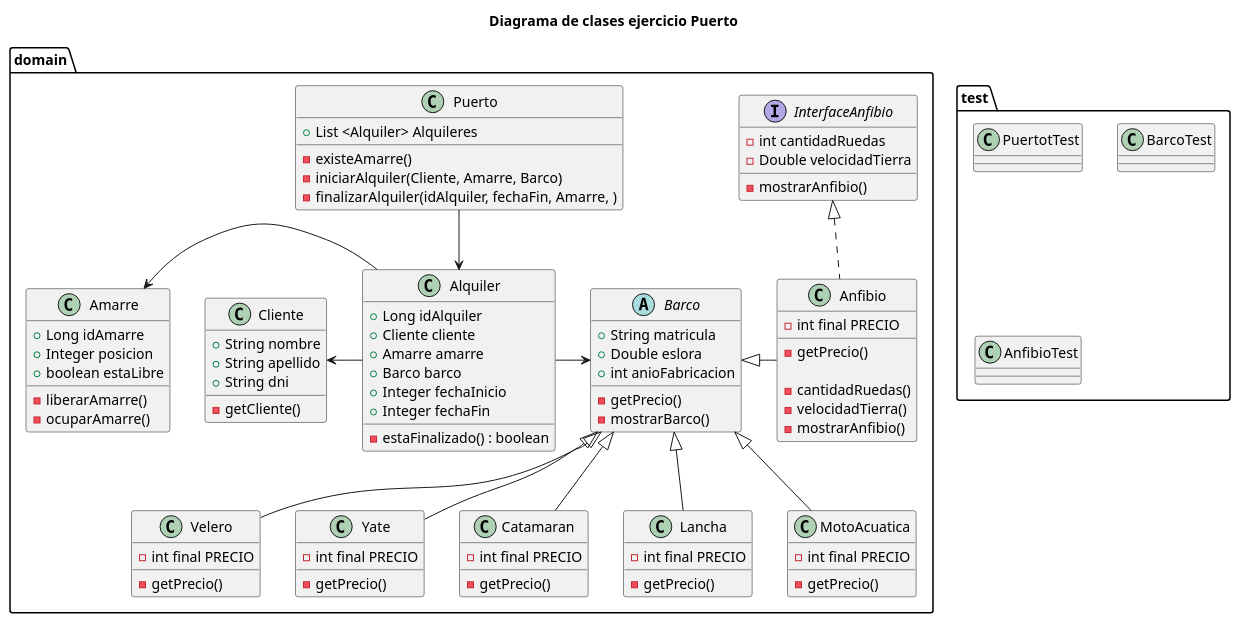
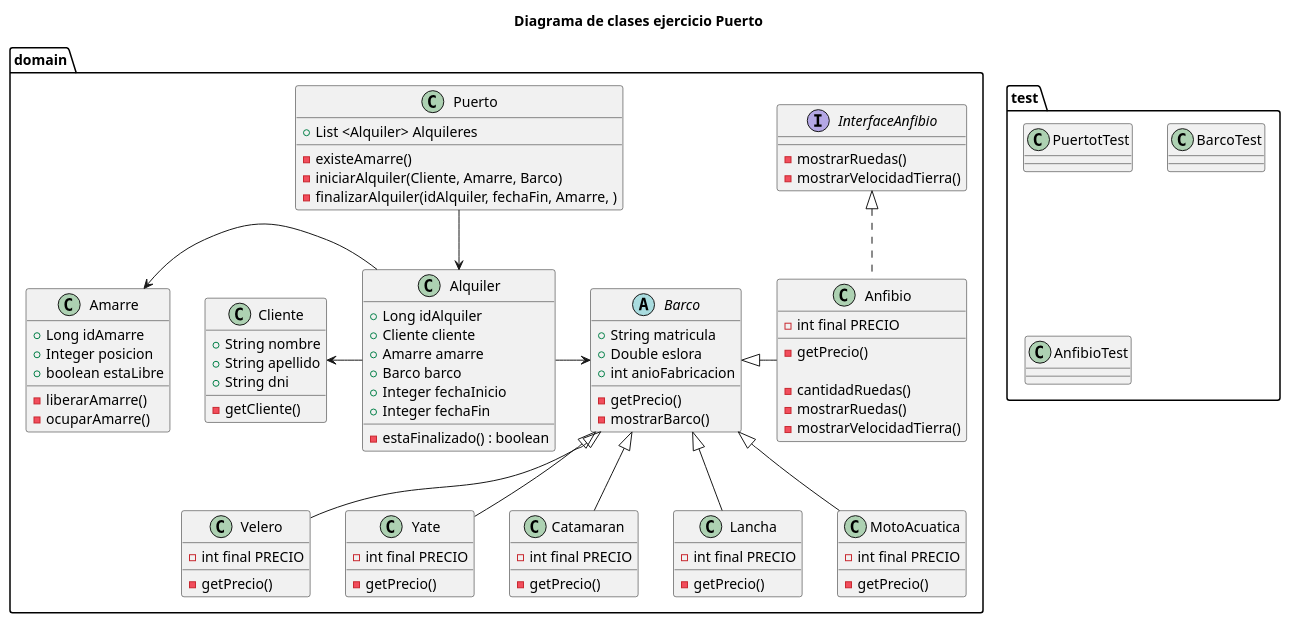
Before and after one commit to gioruanova/dvpoo20232cpuertoruanovajorge: the diagram in src/doc/diagrama-clases.puml, drawn with PlantUML. The commit also changed 27 other files, not shown here.

```diff
--- a/src/doc/diagrama-clases.puml
+++ b/src/doc/diagrama-clases.puml
@@ -1,121 +1,121 @@
 @startuml
 
 title Diagrama de clases ejercicio Puerto
 
 
 package domain{
 
 	class Puerto {
 	+List <Alquiler> Alquileres
 	
 	-existeAmarre()
 	-iniciarAlquiler(Cliente, Amarre, Barco)
 	-finalizarAlquiler(idAlquiler, fechaFin, Amarre, )
 	}
 
 	class Alquiler {
 	+Long idAlquiler
 	+Cliente cliente
 	+Amarre amarre
 	+Barco barco
 	+Integer fechaInicio
 	+Integer fechaFin
 	
 	-estaFinalizado() : boolean
 	}
 
 	class Amarre {
 	+Long idAmarre
 	+Integer posicion
 	+boolean estaLibre
 	
 	-liberarAmarre()
 	-ocuparAmarre()
 	}
 
 	class Cliente {
 	+String nombre
 	+String apellido
 	+String dni
 	
 	-getCliente()
 	}
 
 	abstract class Barco {
 	+String matricula
 	+Double eslora
 	+int anioFabricacion
 	
 	-getPrecio()
 	-mostrarBarco()
 	}
 	
 
 	
 	class Velero{
 	-int final PRECIO
 	-getPrecio()
 	}
 	
 		class Yate{
 	-int final PRECIO
 	-getPrecio()
 	}
 	
 		class Catamaran{
 	-int final PRECIO
 	-getPrecio()
 	}
 	
 		class Lancha{
 	-int final PRECIO
 	-getPrecio()
 	}
 	
 		class MotoAcuatica{
 	-int final PRECIO
 	-getPrecio()
 	}
 	
 		class Anfibio{
 	-int final PRECIO
 	-getPrecio()
 	
 	-cantidadRuedas()
-	-velocidadTierra()
-	-mostrarAnfibio()
+	-mostrarRuedas()
+	-mostrarVelocidadTierra()
 	}
 	
 		interface  InterfaceAnfibio{
-	-int cantidadRuedas
-	-Double velocidadTierra
-		-mostrarAnfibio()
+	-mostrarRuedas()
+	-mostrarVelocidadTierra()
+
 	}
 	
 }
 
 	package test{
 	class PuertotTest
 	class BarcoTest
 	class AnfibioTest
 	}
 	
 	
 	
 Puerto --> Alquiler
 Alquiler -left-> Amarre
 Alquiler -left-> Cliente
 Alquiler -right-> Barco
 
 Barco <|-- Velero
 Barco <|-- Yate
 Barco <|-- Catamaran
 Barco <|-- Lancha
 Barco <|-right- Anfibio
 Barco <|-- MotoAcuatica
 
 InterfaceAnfibio <|.. Anfibio
 
 
 
 @enduml
```
